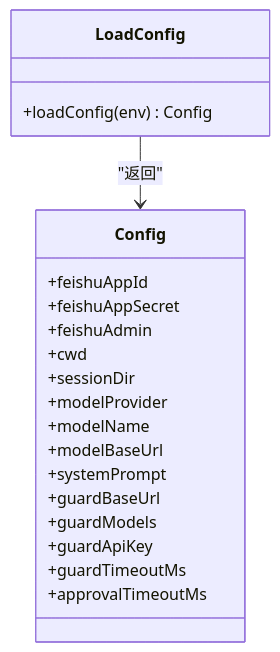
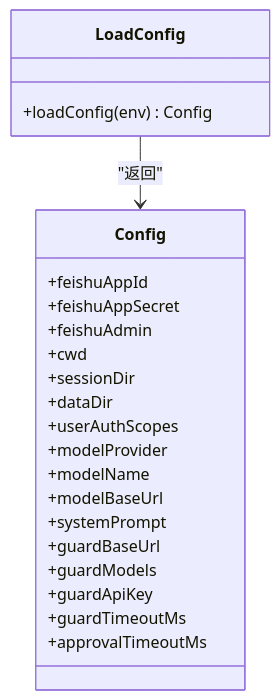
Before and after one commit to HeXiaoShu520/feishu-pi: the fourth of 5 diagrams in .qoder/repowiki/zh/content/部署运维/环境部署.md, drawn with Mermaid. The commit also changed other lines of this file and 47 other files, not shown here.

````diff
--- a/.qoder/repowiki/zh/content/部署运维/环境部署.md
+++ b/.qoder/repowiki/zh/content/部署运维/环境部署.md
@@ -140,23 +155,25 @@
 ```mermaid
 classDiagram
 class Config {
 +feishuAppId
 +feishuAppSecret
 +feishuAdmin
 +cwd
 +sessionDir
++dataDir
++userAuthScopes
 +modelProvider
 +modelName
 +modelBaseUrl
 +systemPrompt
 +guardBaseUrl
 +guardModels
 +guardApiKey
 +guardTimeoutMs
 +approvalTimeoutMs
 }
 class LoadConfig {
 +loadConfig(env) Config
 }
 LoadConfig --> Config : "返回"
 ```
````
